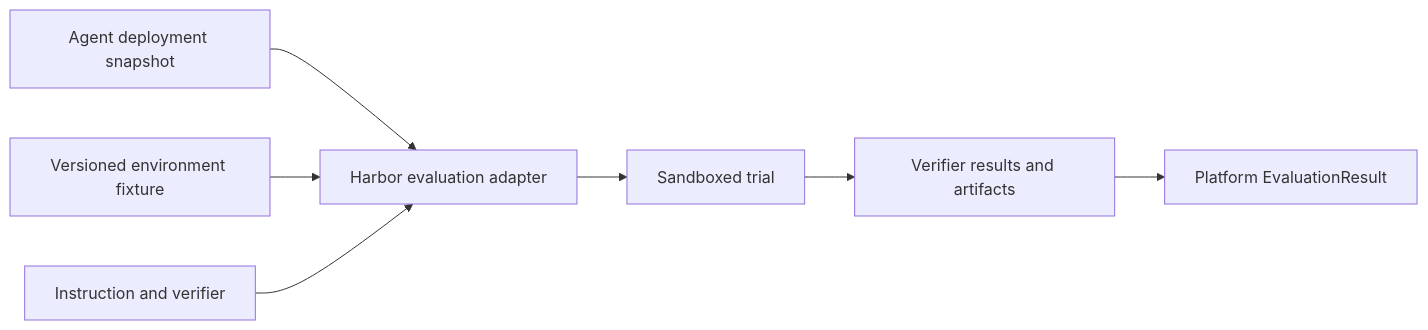
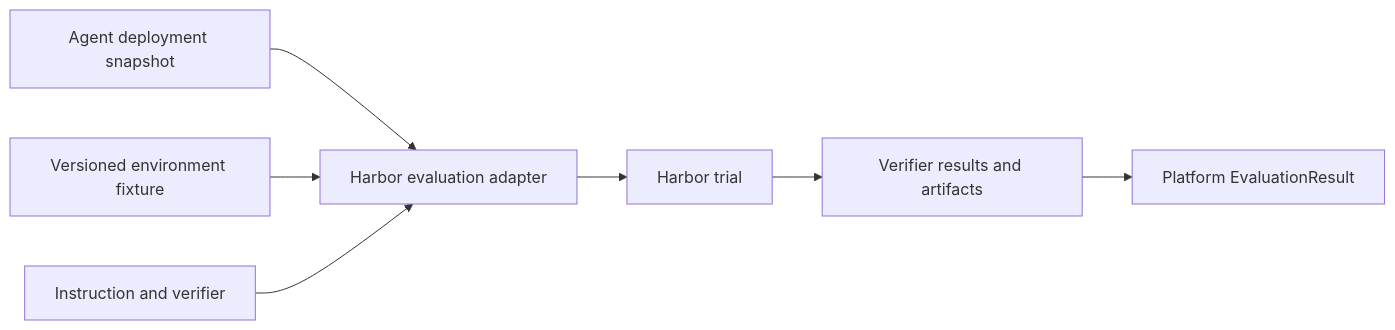
The diagram in evaluation/harbor.mdx (thaithienvanid/agentic-reference-architecture), drawn with Mermaid before and after one commit. The commit also changed other lines of this file and 16 other files, not shown here.

````diff
--- a/evaluation/harbor.mdx
+++ b/evaluation/harbor.mdx
@@ -12,9 +12,9 @@
 ```mermaid
 flowchart LR
     Snapshot["Agent deployment snapshot"] --> Adapter["Harbor evaluation adapter"]
     Fixture["Versioned environment fixture"] --> Adapter
     Task["Instruction and verifier"] --> Adapter
-    Adapter --> Trial["Sandboxed trial"]
+    Adapter --> Trial["Harbor trial"]
     Trial --> Raw["Verifier results and artifacts"]
     Raw --> Result["Platform EvaluationResult"]
 ```
````
